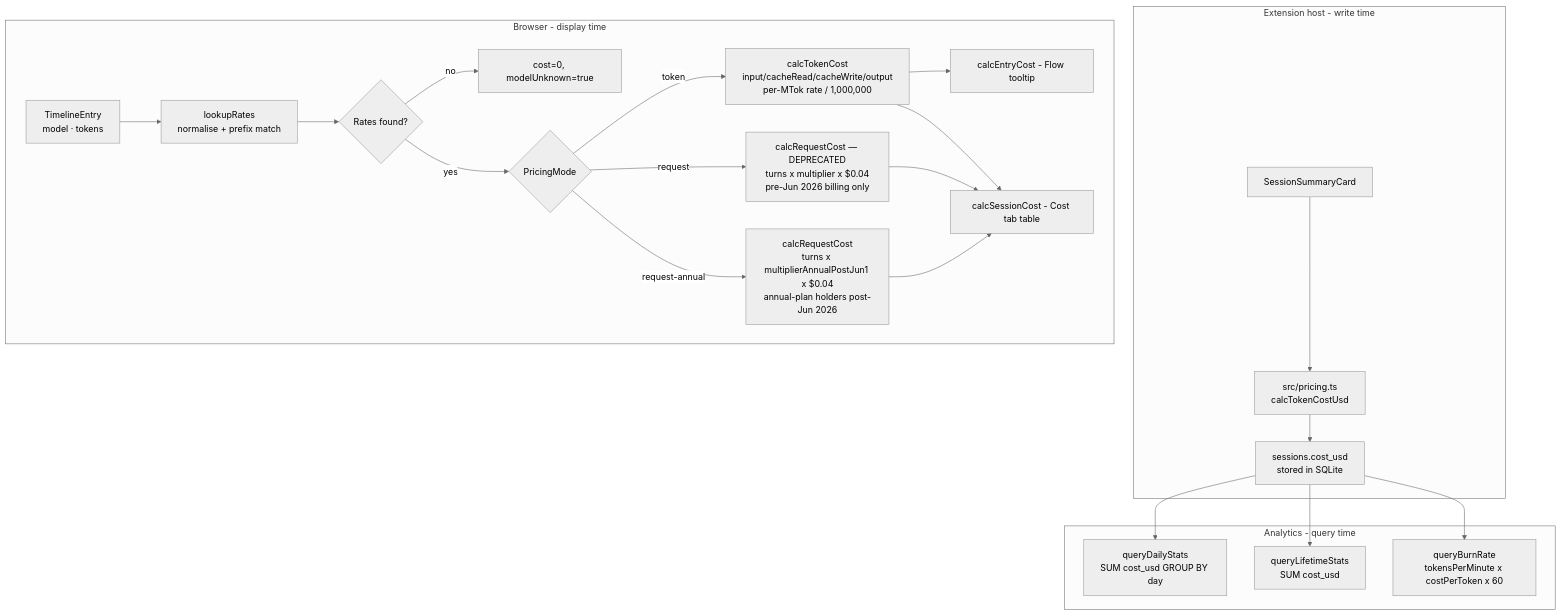
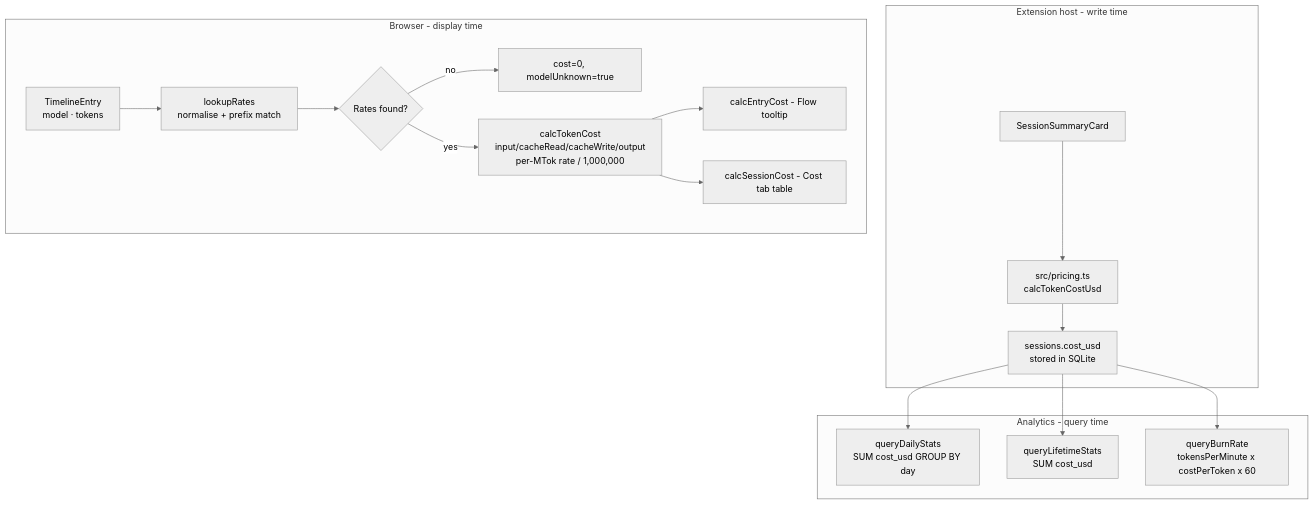
Diagram 16 of 20 in ARCHITECTURE.md (traceroost/core), drawn with Mermaid (neutral theme) before and after one commit. The commit also changed other lines of this file and 15 other files, not shown here.

First line of the commit message:
Add Cursor to the agent filter, drop Copilot's annual request-based pricing

````diff
--- a/ARCHITECTURE.md
+++ b/ARCHITECTURE.md
@@ -874,27 +874,22 @@
 ```mermaid
 flowchart TD
     subgraph exthost["Extension host - write time"]
         CARD[SessionSummaryCard] --> PRI_EXT[src/pricing.ts<br/>calcTokenCostUsd]
         PRI_EXT --> DB_COST[sessions.cost_usd<br/>stored in SQLite]
     end
 
     subgraph browser["Browser - display time"]
         ENTRY[TimelineEntry<br/>model · tokens] --> LR[lookupRates<br/>normalise + prefix match]
         LR --> RATES{Rates found?}
         RATES -- no  --> ZERO[cost=0, modelUnknown=true]
-        RATES -- yes --> MODE{PricingMode}
-        MODE -- token --> TC[calcTokenCost<br/>input/cacheRead/cacheWrite/output<br/>per-MTok rate / 1,000,000]
-        MODE -- request-annual --> RA[calcRequestCost<br/>turns x multiplierAnnualPostJun1 x $0.04<br/>annual-plan holders post-Jun 2026]
-        MODE -- request --> RC[calcRequestCost — DEPRECATED<br/>turns x multiplier x $0.04<br/>pre-Jun 2026 billing only]
+        RATES -- yes --> TC[calcTokenCost<br/>input/cacheRead/cacheWrite/output<br/>per-MTok rate / 1,000,000]
         TC --> ENTRY_COST[calcEntryCost - Flow tooltip]
         TC --> SESS_COST[calcSessionCost - Cost tab table]
-        RC --> SESS_COST
-        RA --> SESS_COST
     end
 
     subgraph analytics["Analytics - query time"]
         DB_COST --> AGG[queryDailyStats<br/>SUM cost_usd GROUP BY day]
         DB_COST --> LIFE[queryLifetimeStats<br/>SUM cost_usd]
         DB_COST --> BURN[queryBurnRate<br/>tokensPerMinute x costPerToken x 60]
     end
 ```
````
